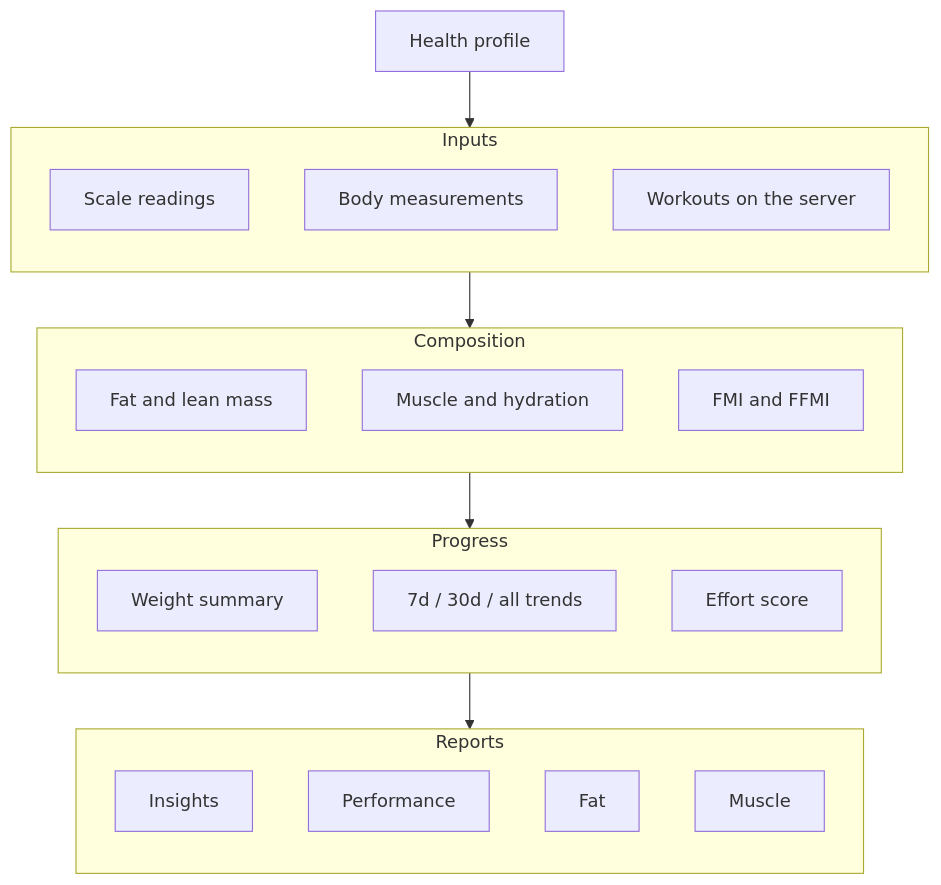
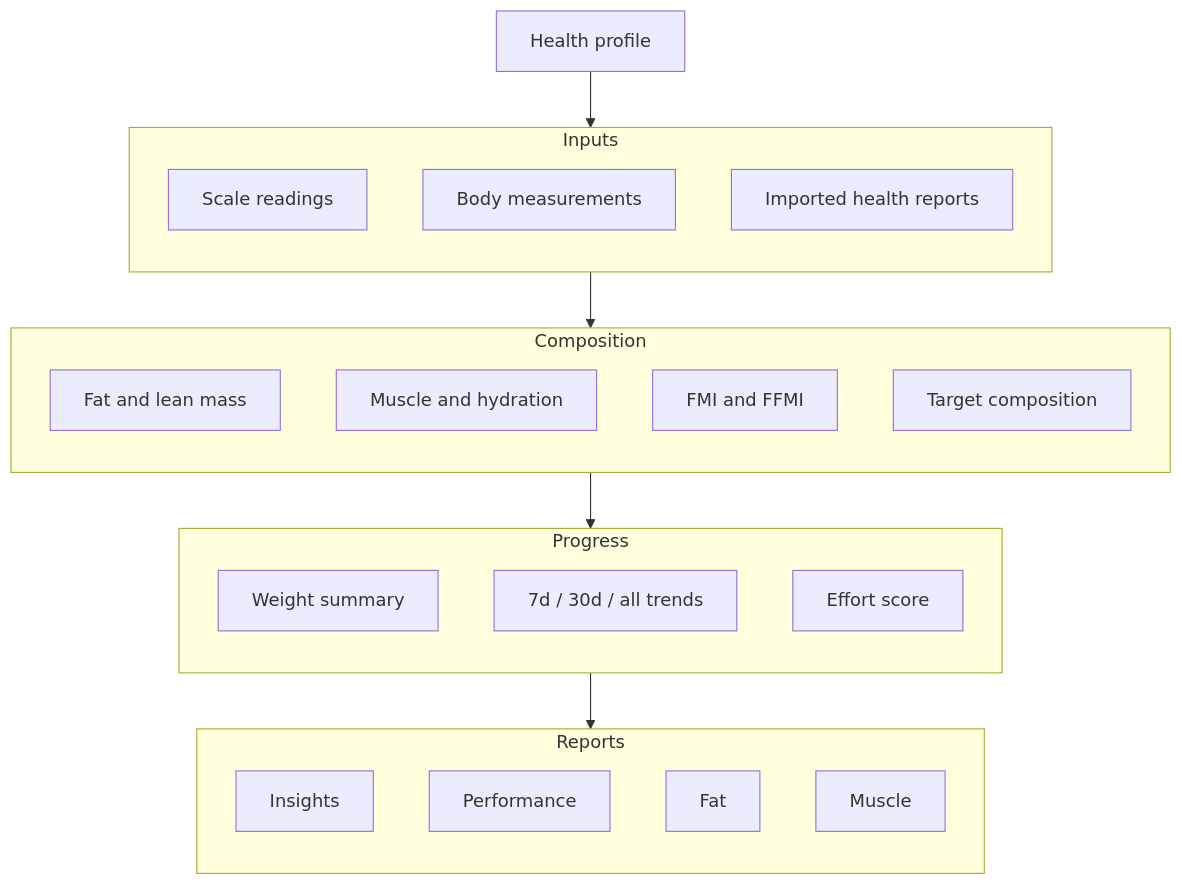
The second of 3 diagrams in README.md (aneeshpatne/healthmaxxing), drawn with Mermaid before and after one commit. The commit also changed other lines of this file, not shown here.

````diff
--- a/README.md
+++ b/README.md
@@ -219,38 +100,39 @@
 ```mermaid
 flowchart TB
     P[Health profile]
 
-    subgraph IN[Inputs]
+    subgraph INPUTS[Inputs]
         direction TB
-        IN1[Scale readings]
-        IN2[Body measurements]
-        IN3[Workouts on the server]
+        I1[Scale readings]
+        I2[Body measurements]
+        I3[Imported health reports]
     end
 
-    subgraph CO[Composition]
+    subgraph COMPOSITION[Composition]
         direction TB
-        CO1[Fat and lean mass]
-        CO2[Muscle and hydration]
-        CO3[FMI and FFMI]
+        C1[Fat and lean mass]
+        C2[Muscle and hydration]
+        C3[FMI and FFMI]
+        C4[Target composition]
     end
 
-    subgraph PR[Progress]
+    subgraph PROGRESS[Progress]
         direction TB
-        PR1[Weight summary]
-        PR2[7d / 30d / all trends]
-        PR3[Effort score]
+        T1[Weight summary]
+        T2[7d / 30d / all trends]
+        T3[Effort score]
     end
 
-    subgraph RP[Reports]
+    subgraph REPORTS[Reports]
         direction TB
-        RP1[Insights]
-        RP2[Performance]
-        RP3[Fat]
-        RP4[Muscle]
+        R1[Insights]
+        R2[Performance]
+        R3[Fat]
+        R4[Muscle]
     end
 
-    P --> IN
-    IN --> CO
-    CO --> PR
-    PR --> RP
+    P --> INPUTS
+    INPUTS --> COMPOSITION
+    COMPOSITION --> PROGRESS
+    PROGRESS --> REPORTS
 ```
````
